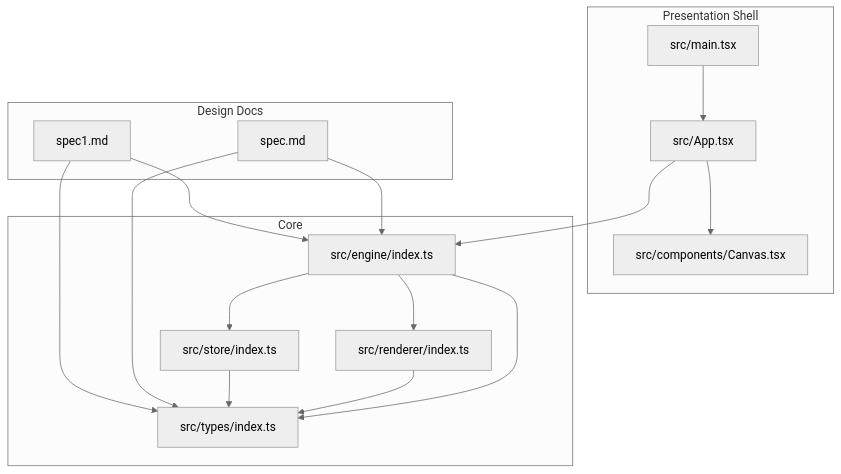
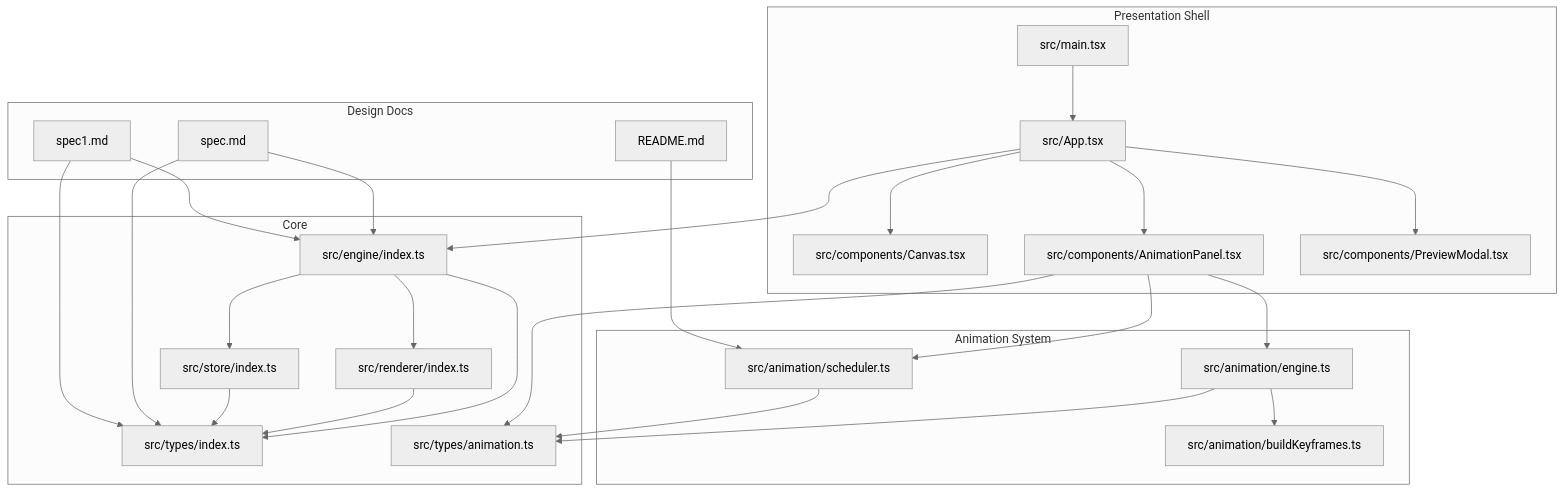
Before and after one commit to Anna0314zy/ai_editor_enginer: the first of 20 diagrams in .qoder/repowiki/en/content/Animation System/Animation Playback Control.md, drawn with Mermaid (neutral theme). The commit also changed other lines of this file and 12 other files, not shown here.

````diff
--- a/.qoder/repowiki/en/content/Animation System/Animation Playback Control.md
+++ b/.qoder/repowiki/en/content/Animation System/Animation Playback Control.md
@@ -42,30 +62,48 @@
 ```mermaid
 graph TB
 subgraph "Presentation Shell"
 MAIN["src/main.tsx"]
 APP["src/App.tsx"]
 CANVAS["src/components/Canvas.tsx"]
+ANIM_PANEL["src/components/AnimationPanel.tsx"]
+PREVIEW["src/components/PreviewModal.tsx"]
 end
 subgraph "Core"
 ENGINE["src/engine/index.ts"]
 RENDERER["src/renderer/index.ts"]
 STORE["src/store/index.ts"]
 TYPES["src/types/index.ts"]
+ANIM_TYPES["src/types/animation.ts"]
+end
+subgraph "Animation System"
+ANIM_ENGINE["src/animation/engine.ts"]
+ANIM_SCHED["src/animation/scheduler.ts"]
+BUILD_KEY["src/animation/buildKeyframes.ts"]
 end
 subgraph "Design Docs"
 SPEC["spec.md"]
 SPEC1["spec1.md"]
+README["README.md"]
 end
 MAIN --> APP
 APP --> CANVAS
+APP --> ANIM_PANEL
+APP --> PREVIEW
 APP --> ENGINE
 ENGINE --> RENDERER
 ENGINE --> STORE
 ENGINE --> TYPES
+ANIM_PANEL --> ANIM_ENGINE
+ANIM_PANEL --> ANIM_SCHED
+ANIM_PANEL --> ANIM_TYPES
+ANIM_ENGINE --> BUILD_KEY
+ANIM_ENGINE --> ANIM_TYPES
+ANIM_SCHED --> ANIM_TYPES
 RENDERER --> TYPES
 STORE --> TYPES
 SPEC --> ENGINE
 SPEC --> TYPES
 SPEC1 --> ENGINE
 SPEC1 --> TYPES
+README --> ANIM_SCHED
 ```
````
